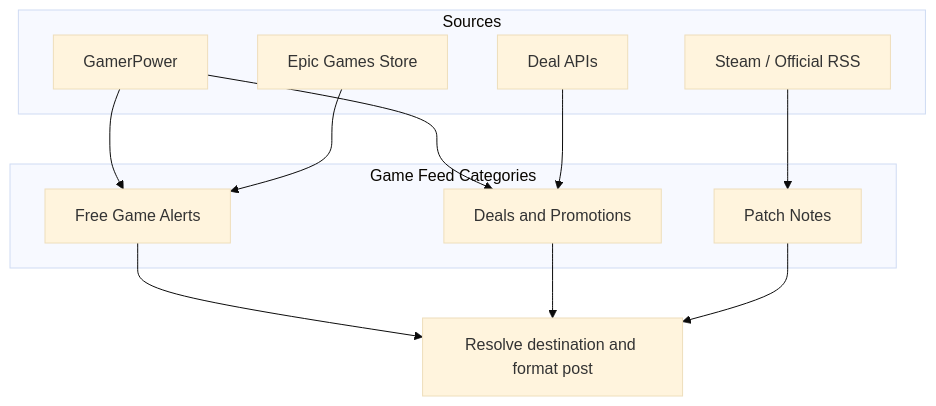
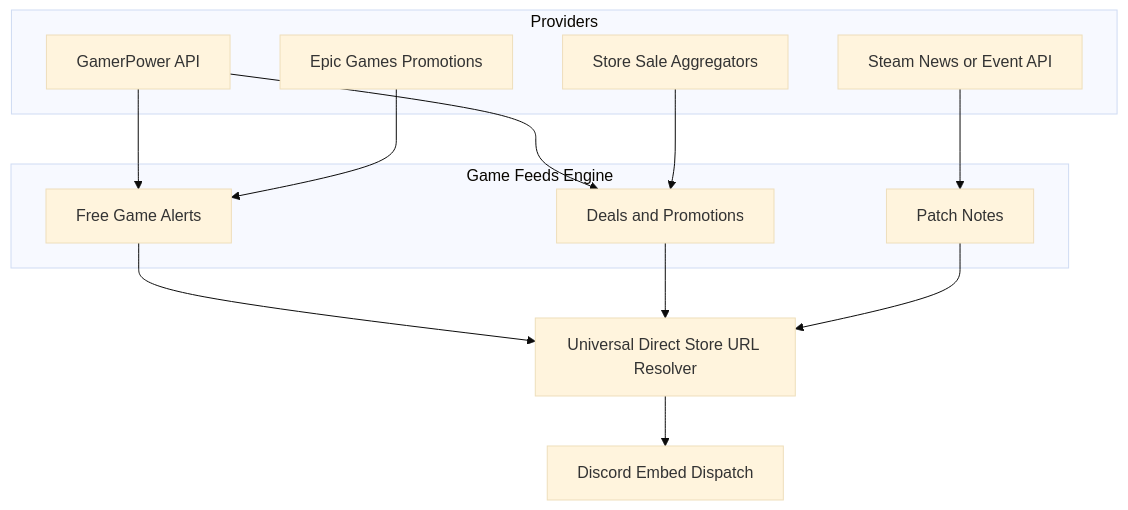
The second of 11 diagrams in ROADMAP.md (HELIX-Origin/HELIX-Discord-Bot), drawn with Mermaid (base theme) before and after one commit. The commit also changed other lines of this file and 7 other files, not shown here.

Commit message:
docs: align root tracking files and templates with active-first layout and full repo roadmap

````diff
--- a/ROADMAP.md
+++ b/ROADMAP.md
@@ -26,18 +75,23 @@
 ```mermaid
 flowchart TD
-    subgraph Categories["Game Feed Categories"]
+    subgraph Feeds["Game Feeds Engine"]
         F1["Free Game Alerts"]
         F2["Deals and Promotions"]
         F3["Patch Notes"]
     end
-    subgraph Providers["Sources"]
-        P1["GamerPower"]
-        P2["Epic Games Store"]
-        P3["Steam / Official RSS"]
-        P4["Deal APIs"]
+    subgraph Sources["Providers"]
+        S1["GamerPower API"]
+        S2["Epic Games Promotions"]
+        S3["Steam News or Event API"]
+        S4["Store Sale Aggregators"]
     end
-    P1 & P2 --> F1
-    P1 & P4 --> F2
-    P3 --> F3
-    F1 & F2 & F3 --> R["Resolve destination and format post"]
+    S1 --> F1
+    S2 --> F1
+    S1 --> F2
+    S4 --> F2
+    S3 --> F3
+    F1 --> R["Universal Direct Store URL Resolver"]
+    F2 --> R
+    F3 --> R
+    R --> D["Discord Embed Dispatch"]
 ```
````
